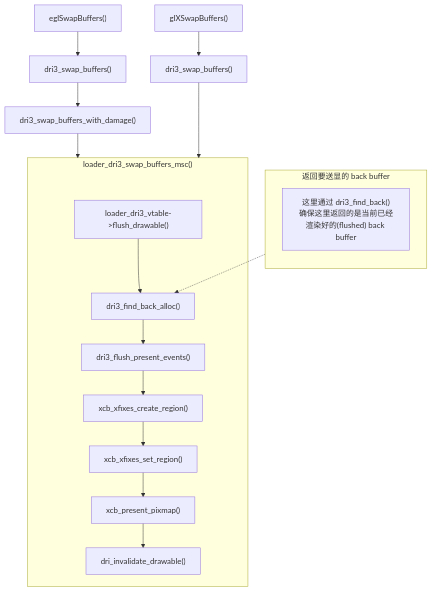
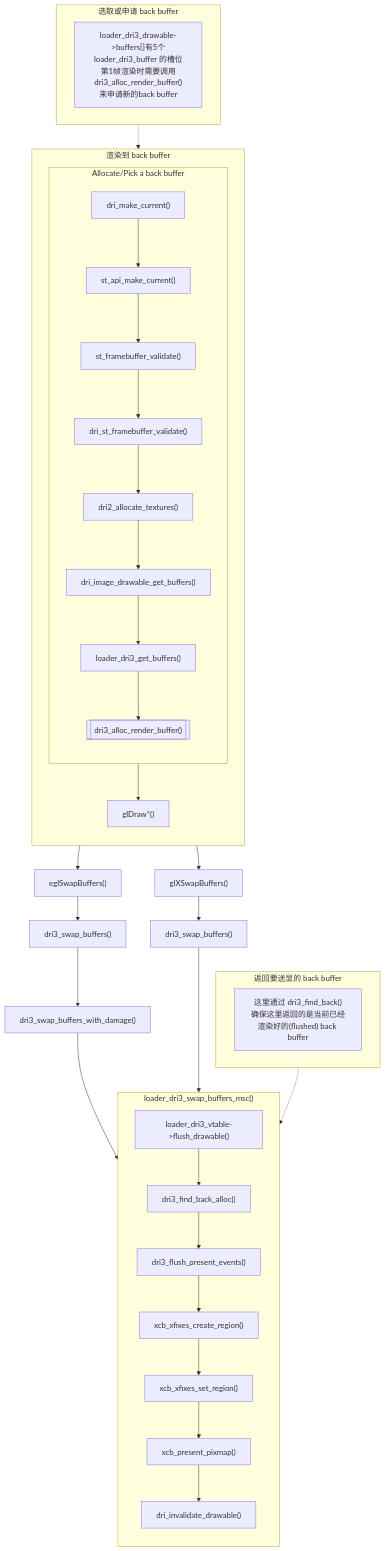
The fifth of 6 diagrams in source/_posts/gfx/mesa-dri3.md (lucmann/lucmann.github.io), drawn with Mermaid before and after one commit.

Commit message:
gfx: render-swap process

````diff
--- a/source/_posts/gfx/mesa-dri3.md
+++ b/source/_posts/gfx/mesa-dri3.md
@@ -294,29 +294,51 @@
 ```mermaid
 flowchart TB
-    A["eglSwapBuffers()"]
-    B["dri3_swap_buffers()"]
-    C["dri3_swap_buffers_with_damage()"]
-    D["glXSwapBuffers()"]
-    E["dri3_swap_buffers()"]
-    subgraph swap ["loader_dri3_swap_buffers_msc()"]
-      G["loader_dri3_vtable->flush_drawable()"]
-      H["dri3_find_back_alloc()"]
-      I["dri3_flush_present_events()"]
-      J["xcb_xfixes_create_region()"]
-      K["xcb_xfixes_set_region()"]
-      L["xcb_present_pixmap()"]
-      M["dri_invalidate_drawable()"]
+  subgraph Render ["渲染到 back buffer"]
+    direction TB
+    subgraph RenderBufferAlloc ["Allocate/Pick a back buffer"]
+      direction TB
+      a1["dri_make_current()"]
+      a2["st_api_make_current()"]
+      a3["st_framebuffer_validate()"]
+      a4["dri_st_framebuffer_validate()"]
+      a5["dri2_allocate_textures()"]
+      a6["dri_image_drawable_get_buffers()"]
+      a7["loader_dri3_get_buffers()"]
+      a8[["dri3_alloc_render_buffer()"]]
     end
+    b["glDraw*()"]
+  end
+  A["eglSwapBuffers()"]
+  B["dri3_swap_buffers()"]
+  C["dri3_swap_buffers_with_damage()"]
+  D["glXSwapBuffers()"]
+  E["dri3_swap_buffers()"]
+  subgraph Swap ["loader_dri3_swap_buffers_msc()"]
+    direction TB
+    G["loader_dri3_vtable->flush_drawable()"]
+    H["dri3_find_back_alloc()"]
+    I["dri3_flush_present_events()"]
+    J["xcb_xfixes_create_region()"]
+    K["xcb_xfixes_set_region()"]
+    L["xcb_present_pixmap()"]
+    M["dri_invalidate_drawable()"]
+  end
+  subgraph Note1 ["返回要送显的 back buffer"]
+    dummy1["这里通过 dri3_find_back()<br>确保这里返回的是当前已经渲染好的(flushed) back buffer"]
+  end
+  subgraph Note2 ["选取或申请 back buffer"]
+    dummy2["loader_dri3_drawable->buffers[]有5个<br>loader_dri3_buffer 的槽位<br>第1帧渲染时需要调用<br>dri3_alloc_render_buffer()<br>来申请新的back buffer"]
+  end
 
-    subgraph Note1 ["返回要送显的 back buffer"]
-      direction TB
-      dummy["这里通过 dri3_find_back()<br>确保这里返回的是当前已经渲染好的(flushed) back buffer"]
-    end
-
-    A --> B
-    B --> C
-    C --> swap
-    D --> E ---> swap
-    G --> H --> I --> J --> K --> L --> M
-    Note1 -.-> H
+  a1 --> a2 --> a3 --> a4 --> a5 --> a6 --> a7 --> a8 --> b
+  b --> A
+  b --> D
+  A --> B
+  B --> C
+  D --> E
+  C --> G
+  E ---> G
+  G --> H --> I --> J --> K --> L --> M
+  Note1 -.-> H
+  Note2 -.-> a8
 ```
````
